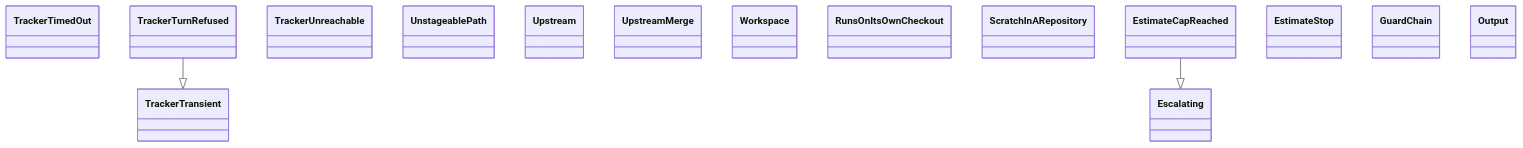
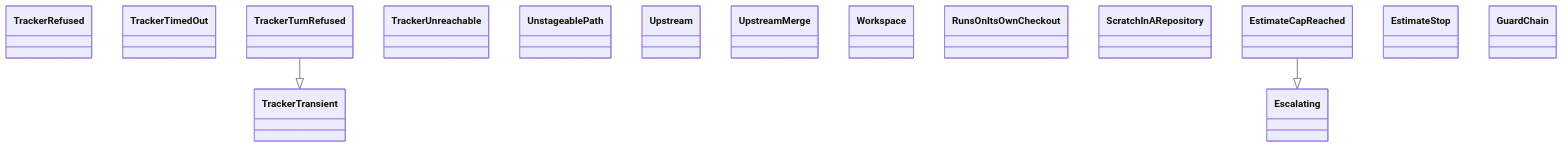
One commit to GonzaloZevallos/agentic-system changed the diagram in docs/architecture/generated/classes-process-application-support-8.md. Above: the diagram before and after it, drawn with Mermaid. The commit also changed other lines of this file and 6 other files, not shown here.

Commit message:
Regenerate the architecture docs for RepoOrigin, GitRepoOrigin and the notify carry

````diff
--- a/docs/architecture/generated/classes-process-application-support-8.md
+++ b/docs/architecture/generated/classes-process-application-support-8.md
@@ -21,20 +21,20 @@
 ```mermaid
 classDiagram
+    class ports__TrackerRefused["TrackerRefused"]
     class ports__TrackerTimedOut["TrackerTimedOut"]
     class ports__TrackerTransient["TrackerTransient"]
     class ports__TrackerTurnRefused["TrackerTurnRefused"]
     class ports__TrackerUnreachable["TrackerUnreachable"]
     class ports__UnstageablePath["UnstageablePath"]
     class ports__Upstream["Upstream"]
     class ports__UpstreamMerge["UpstreamMerge"]
     class ports__Workspace["Workspace"]
     class preflight__RunsOnItsOwnCheckout["RunsOnItsOwnCheckout"]
     class preflight__ScratchInARepository["ScratchInARepository"]
     class run_role__Escalating["Escalating"]
     class run_role__EstimateCapReached["EstimateCapReached"]
     class run_role__EstimateStop["EstimateStop"]
     class run_role__GuardChain["GuardChain"]
-    class run_role__Output["Output"]
     ports__TrackerTurnRefused --|> ports__TrackerTransient
     run_role__EstimateCapReached --|> run_role__Escalating
 ```
````
